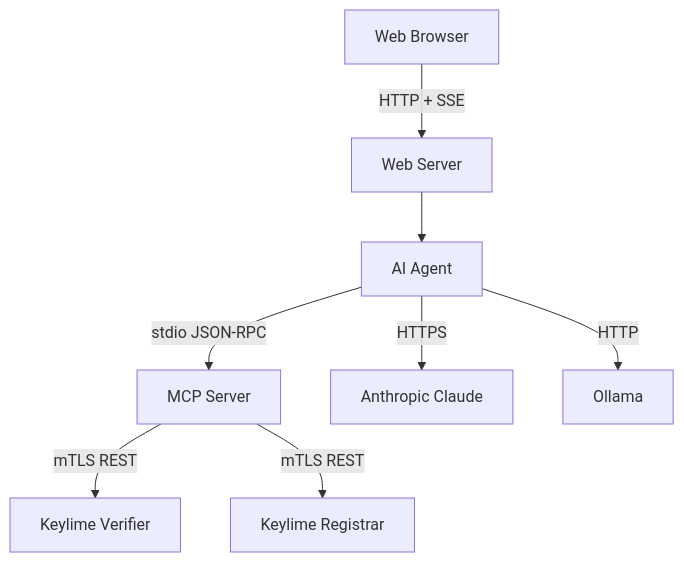
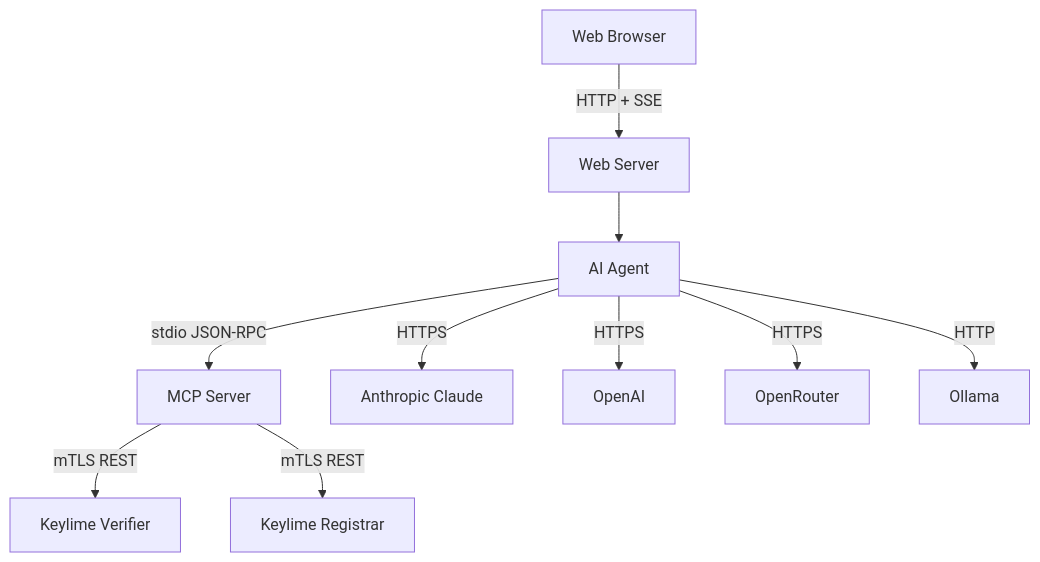
One commit to keylime/keylime-mcp changed the diagram in doc/architecture.md. Above: the diagram before and after it, drawn with Mermaid. The commit also changed other lines of this file and 15 other files, not shown here.

First line of the commit message:
OpenAI and OpenRouter provider (#30)

````diff
--- a/doc/architecture.md
+++ b/doc/architecture.md
@@ -11,10 +11,12 @@
 ```mermaid
 graph TD
     Browser[Web Browser] -->|HTTP + SSE| WebServer[Web Server]
     WebServer --> Agent[AI Agent]
     Agent -->|stdio JSON-RPC| MCP[MCP Server]
     Agent -->|HTTPS| Claude[Anthropic Claude]
+    Agent -->|HTTPS| OpenAI[OpenAI]
+    Agent -->|HTTPS| OpenRouter[OpenRouter]
     Agent -->|HTTP| Ollama[Ollama]
     MCP -->|mTLS REST| Verifier[Keylime Verifier]
     MCP -->|mTLS REST| Registrar[Keylime Registrar]
 ```
````
